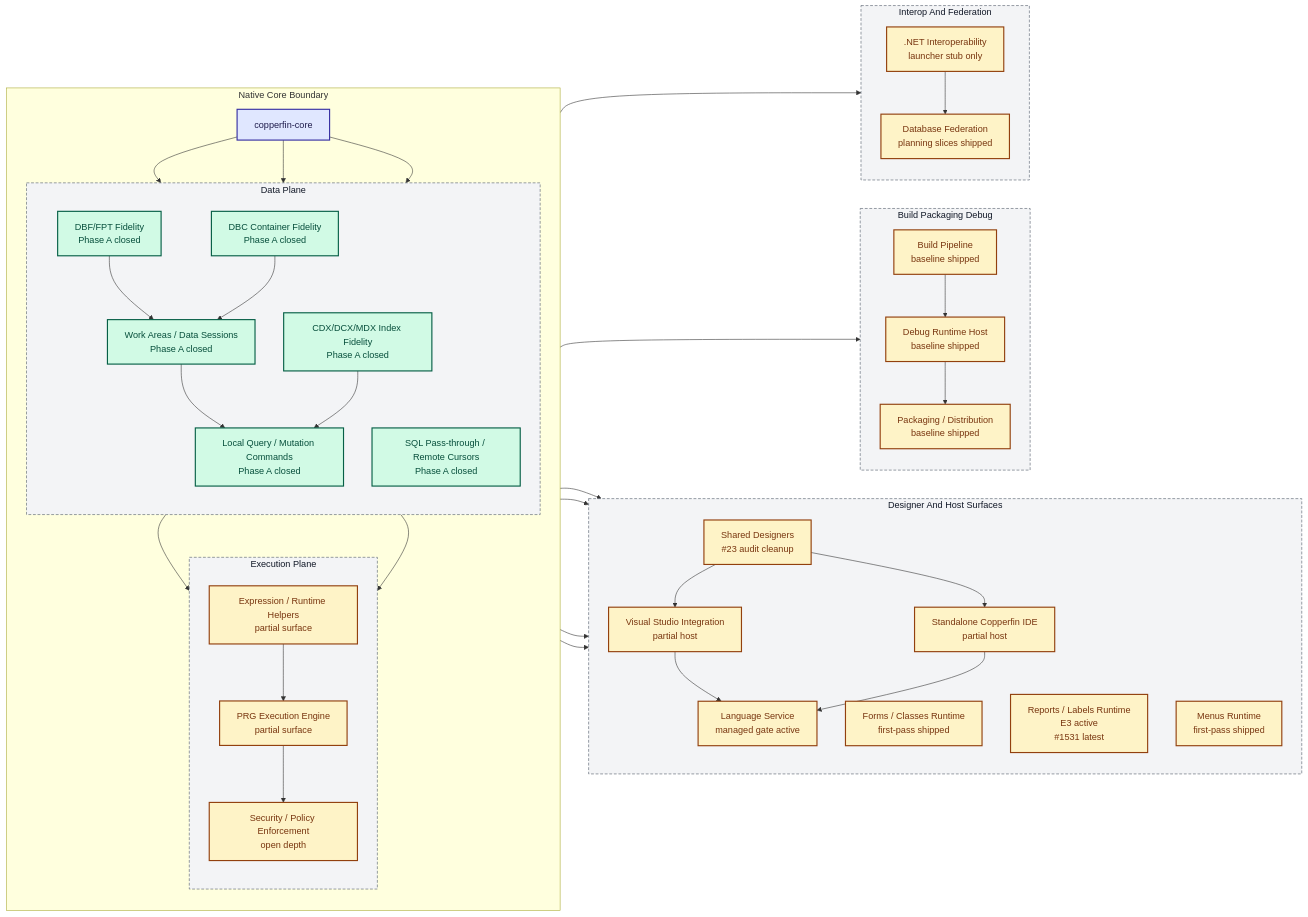
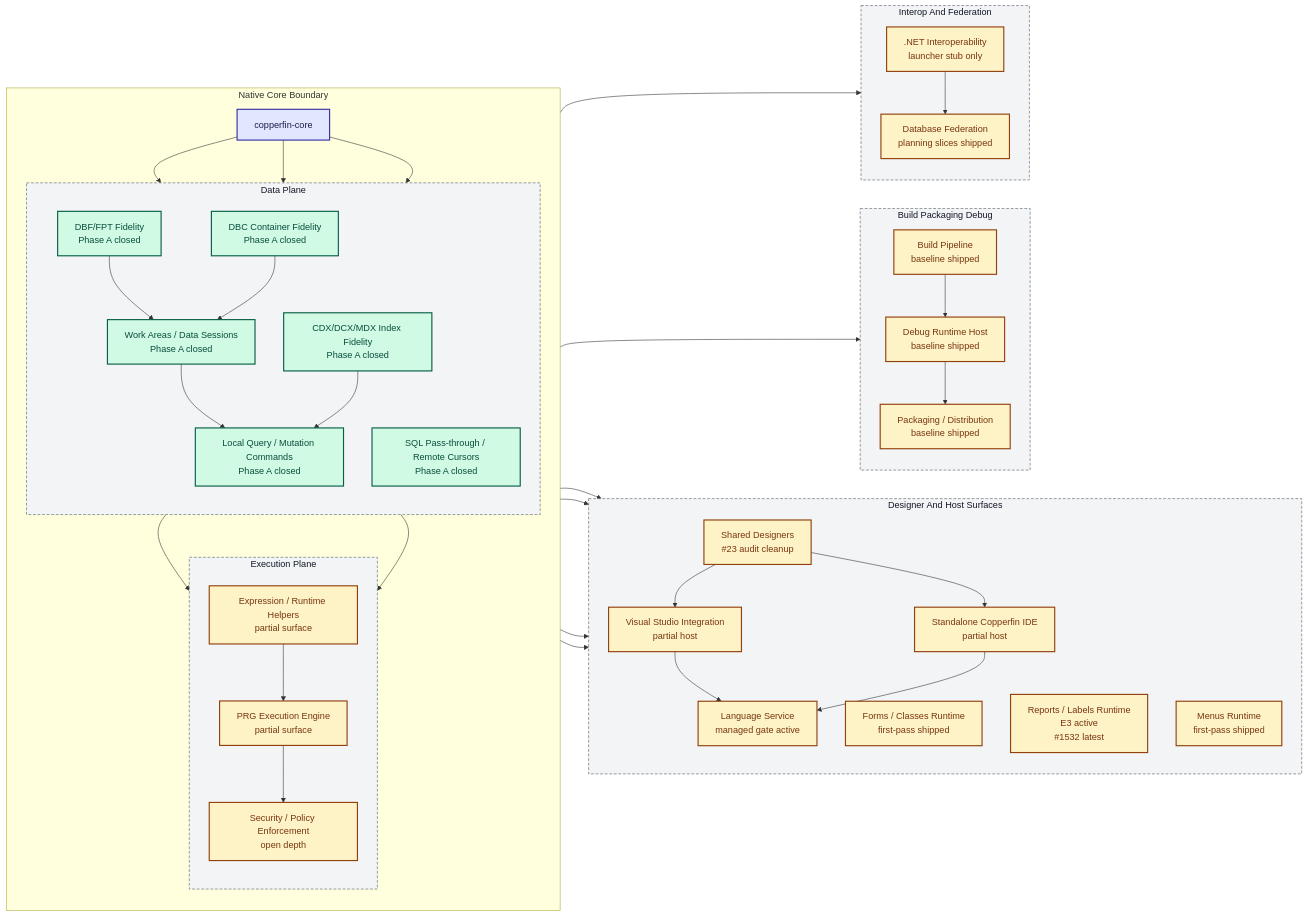
Before and after one commit to rhamenator/Project-Copperfin: the diagram in docs/02-architecture.md, drawn with Mermaid. The commit also changed 7 other files, not shown here.

```diff
--- a/docs/02-architecture.md
+++ b/docs/02-architecture.md
@@ -36,7 +36,7 @@
         direction TB
         DES["Shared Designers<br/>#23 audit cleanup"]
         FORMS["Forms / Classes Runtime<br/>first-pass shipped"]
-        RPT["Reports / Labels Runtime<br/>E3 active<br/>#1531 latest"]
+        RPT["Reports / Labels Runtime<br/>E3 active<br/>#1532 latest"]
         MENU["Menus Runtime<br/>first-pass shipped"]
         VS["Visual Studio Integration<br/>partial host"]
         IDE["Standalone Copperfin IDE<br/>partial host"]
```
